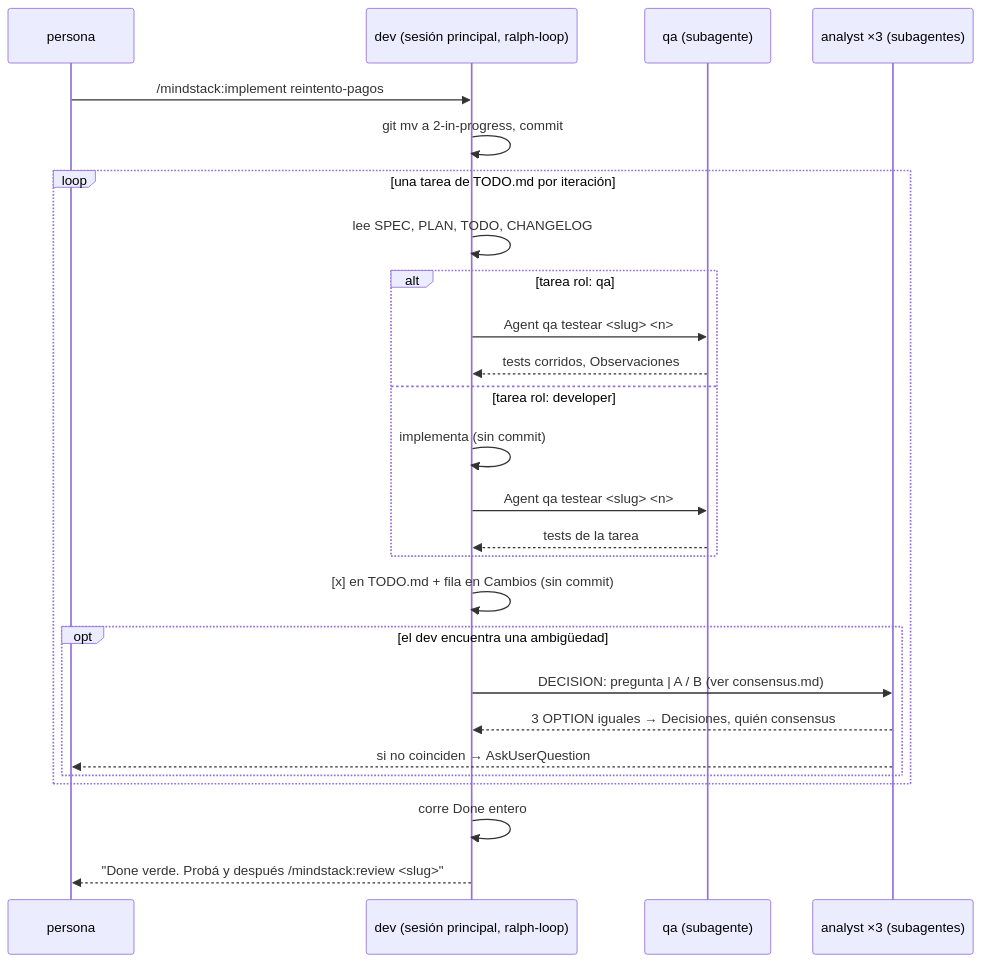
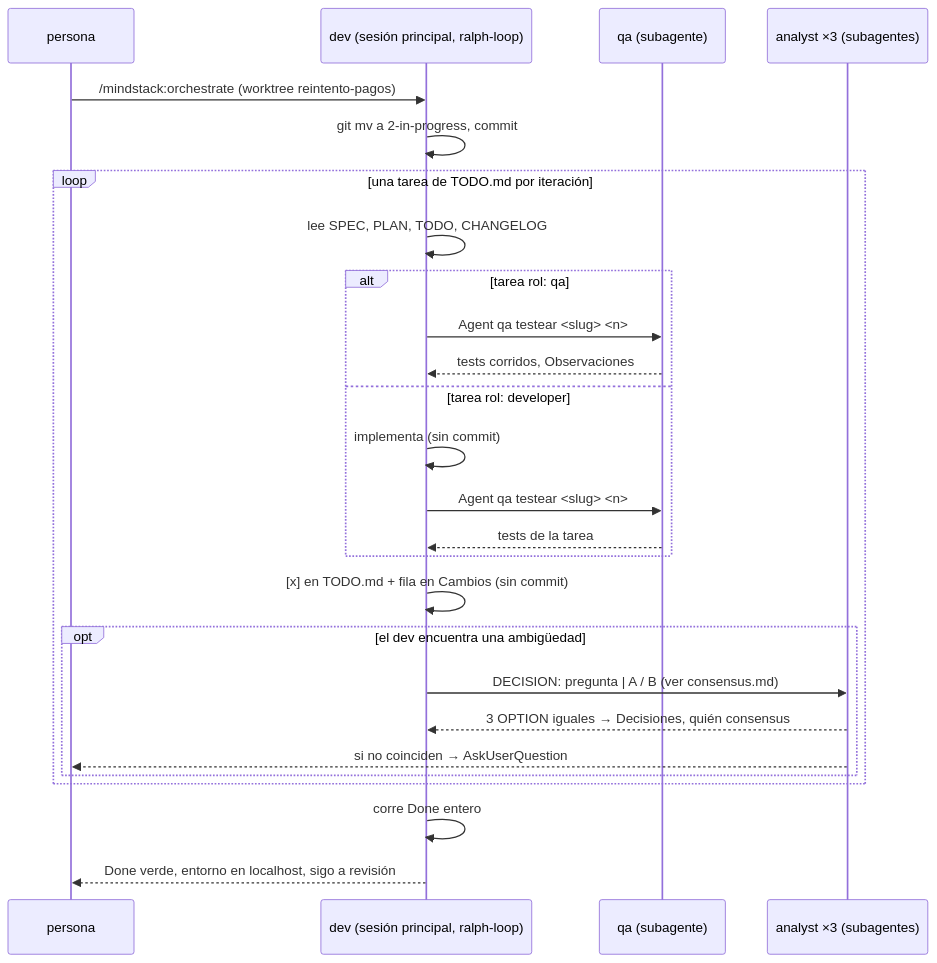
One commit to octavio-parozlabs/mindstack changed the diagram in skills/workflow/references/implement.md. Above: the diagram before and after it, drawn with Mermaid. The commit also changed other lines of this file and 58 other files, not shown here.

````diff
--- a/skills/workflow/references/implement.md
+++ b/skills/workflow/references/implement.md
@@ -5,28 +5,28 @@
 ```mermaid
 sequenceDiagram
     participant P as persona
     participant D as dev (sesión principal, ralph-loop)
     participant Q as qa (subagente)
     participant A as analyst ×3 (subagentes)
-    P->>D: /mindstack:implement reintento-pagos
+    P->>D: /mindstack:orchestrate (worktree reintento-pagos)
     D->>D: git mv a 2-in-progress, commit
     loop una tarea de TODO.md por iteración
         D->>D: lee SPEC, PLAN, TODO, CHANGELOG
         alt tarea rol: qa
             D->>Q: Agent qa testear <slug> <n>
             Q-->>D: tests corridos, Observaciones
         else tarea rol: developer
             D->>D: implementa (sin commit)
             D->>Q: Agent qa testear <slug> <n>
             Q-->>D: tests de la tarea
         end
         D->>D: [x] en TODO.md + fila en Cambios (sin commit)
         opt el dev encuentra una ambigüedad
             D->>A: DECISION: pregunta | A / B (ver consensus.md)
             A-->>D: 3 OPTION iguales → Decisiones, quién consensus
             A-->>P: si no coinciden → AskUserQuestion
         end
     end
     D->>D: corre Done entero
-    D-->>P: "Done verde. Probá y después /mindstack:review <slug>"
+    D-->>P: Done verde, entorno en localhost, sigo a revisión
 ```
````
